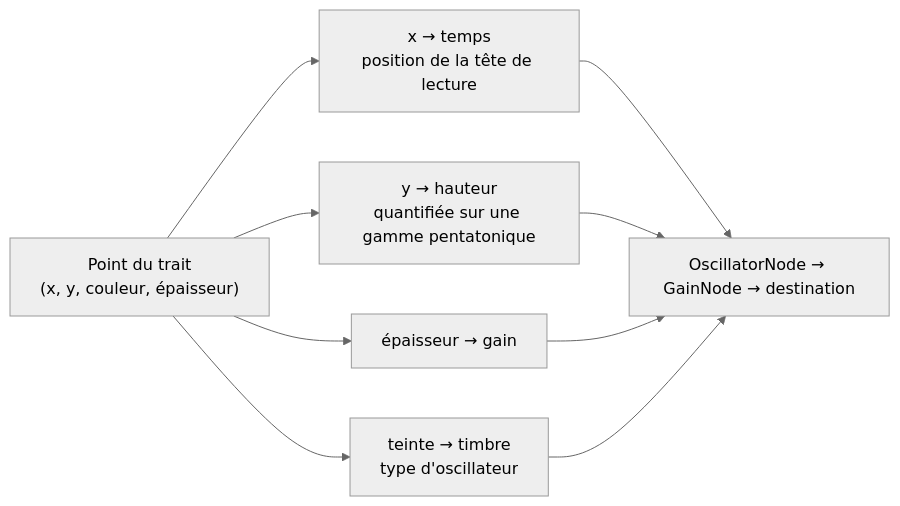
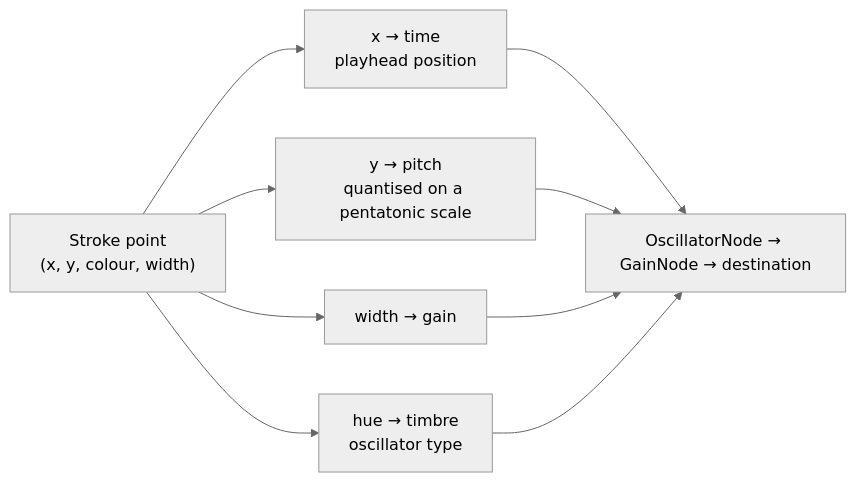
One commit to quentinplet/SonicLight-test-technique changed the fourth of 4 diagrams in context/project-overview.md. Above: the diagram before and after it, drawn with Mermaid (neutral theme). The commit also changed other lines of this file and 11 other files, not shown here.

````diff
--- a/context/project-overview.md
+++ b/context/project-overview.md
@@ -1130,8 +1112,8 @@
 ```mermaid
 flowchart LR
-    A["Point du trait<br/>(x, y, couleur, épaisseur)"] --> B["x → temps<br/>position de la tête de lecture"]
-    A --> C["y → hauteur<br/>quantifiée sur une gamme pentatonique"]
-    A --> D["épaisseur → gain"]
-    A --> E["teinte → timbre<br/>type d'oscillateur"]
+    A["Stroke point<br/>(x, y, colour, width)"] --> B["x → time<br/>playhead position"]
+    A --> C["y → pitch<br/>quantised on a pentatonic scale"]
+    A --> D["width → gain"]
+    A --> E["hue → timbre<br/>oscillator type"]
     B & C & D & E --> F["OscillatorNode → GainNode → destination"]
 ```
````
